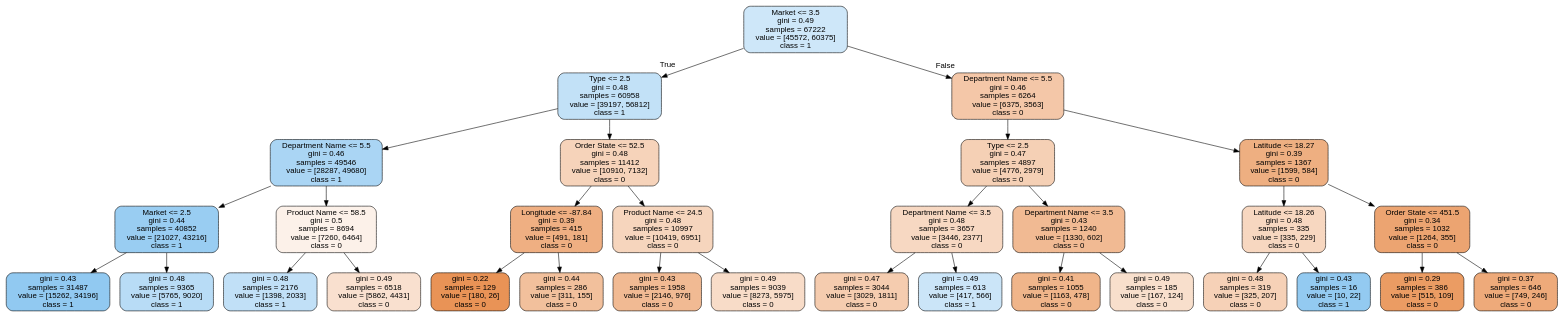
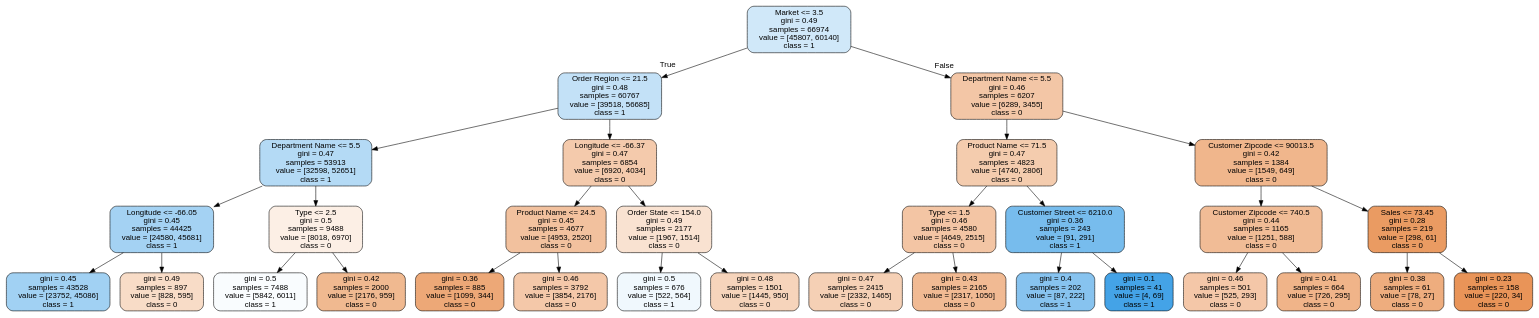
The diagram in tree.dot (BDBlank/SmartSupplyChain), drawn with Graphviz before and after one commit. The commit also changed 2 other files, not shown here.

Commit message:
Graph added

```diff
--- a/tree.dot
+++ b/tree.dot
@@ -1,65 +1,65 @@
 digraph Tree {
 node [shape=box, style="filled, rounded", color="black", fontname=helvetica] ;
 edge [fontname=helvetica] ;
-0 [label="Market <= 3.5\ngini = 0.49\nsamples = 67222\nvalue = [45572, 60375]\nclass = 1", fillcolor="#cee7f9"] ;
-1 [label="Type <= 2.5\ngini = 0.48\nsamples = 60958\nvalue = [39197, 56812]\nclass = 1", fillcolor="#c2e1f7"] ;
+0 [label="Market <= 3.5\ngini = 0.49\nsamples = 66974\nvalue = [45807, 60140]\nclass = 1", fillcolor="#d0e8f9"] ;
+1 [label="Order Region <= 21.5\ngini = 0.48\nsamples = 60767\nvalue = [39518, 56685]\nclass = 1", fillcolor="#c3e1f7"] ;
 0 -> 1 [labeldistance=2.5, labelangle=45, headlabel="True"] ;
-2 [label="Department Name <= 5.5\ngini = 0.46\nsamples = 49546\nvalue = [28287, 49680]\nclass = 1", fillcolor="#aad5f4"] ;
+2 [label="Department Name <= 5.5\ngini = 0.47\nsamples = 53913\nvalue = [32598, 52651]\nclass = 1", fillcolor="#b4daf5"] ;
 1 -> 2 ;
-3 [label="Market <= 2.5\ngini = 0.44\nsamples = 40852\nvalue = [21027, 43216]\nclass = 1", fillcolor="#99cdf2"] ;
+3 [label="Longitude <= -66.05\ngini = 0.45\nsamples = 44425\nvalue = [24580, 45681]\nclass = 1", fillcolor="#a4d2f3"] ;
 2 -> 3 ;
-4 [label="gini = 0.43\nsamples = 31487\nvalue = [15262, 34196]\nclass = 1", fillcolor="#91c9f1"] ;
+4 [label="gini = 0.45\nsamples = 43528\nvalue = [23752, 45086]\nclass = 1", fillcolor="#a1d1f3"] ;
 3 -> 4 ;
-5 [label="gini = 0.48\nsamples = 9365\nvalue = [5765, 9020]\nclass = 1", fillcolor="#b8dcf6"] ;
+5 [label="gini = 0.49\nsamples = 897\nvalue = [828, 595]\nclass = 0", fillcolor="#f8dcc7"] ;
 3 -> 5 ;
-6 [label="Product Name <= 58.5\ngini = 0.5\nsamples = 8694\nvalue = [7260, 6464]\nclass = 0", fillcolor="#fcf1e9"] ;
+6 [label="Type <= 2.5\ngini = 0.5\nsamples = 9488\nvalue = [8018, 6970]\nclass = 0", fillcolor="#fcefe5"] ;
 2 -> 6 ;
-7 [label="gini = 0.48\nsamples = 2176\nvalue = [1398, 2033]\nclass = 1", fillcolor="#c1e0f7"] ;
+7 [label="gini = 0.5\nsamples = 7488\nvalue = [5842, 6011]\nclass = 1", fillcolor="#f9fcfe"] ;
 6 -> 7 ;
-8 [label="gini = 0.49\nsamples = 6518\nvalue = [5862, 4431]\nclass = 0", fillcolor="#f9e0cf"] ;
+8 [label="gini = 0.42\nsamples = 2000\nvalue = [2176, 959]\nclass = 0", fillcolor="#f0b990"] ;
 6 -> 8 ;
-9 [label="Order State <= 52.5\ngini = 0.48\nsamples = 11412\nvalue = [10910, 7132]\nclass = 0", fillcolor="#f6d3ba"] ;
+9 [label="Longitude <= -66.37\ngini = 0.47\nsamples = 6854\nvalue = [6920, 4034]\nclass = 0", fillcolor="#f4caac"] ;
 1 -> 9 ;
-10 [label="Longitude <= -87.84\ngini = 0.39\nsamples = 415\nvalue = [491, 181]\nclass = 0", fillcolor="#efaf82"] ;
+10 [label="Product Name <= 24.5\ngini = 0.45\nsamples = 4677\nvalue = [4953, 2520]\nclass = 0", fillcolor="#f2c19e"] ;
 9 -> 10 ;
-11 [label="gini = 0.22\nsamples = 129\nvalue = [180, 26]\nclass = 0", fillcolor="#e99356"] ;
+11 [label="gini = 0.36\nsamples = 885\nvalue = [1099, 344]\nclass = 0", fillcolor="#eda877"] ;
 10 -> 11 ;
-12 [label="gini = 0.44\nsamples = 286\nvalue = [311, 155]\nclass = 0", fillcolor="#f2c09c"] ;
+12 [label="gini = 0.46\nsamples = 3792\nvalue = [3854, 2176]\nclass = 0", fillcolor="#f4c8a9"] ;
 10 -> 12 ;
-13 [label="Product Name <= 24.5\ngini = 0.48\nsamples = 10997\nvalue = [10419, 6951]\nclass = 0", fillcolor="#f6d5bd"] ;
+13 [label="Order State <= 154.0\ngini = 0.49\nsamples = 2177\nvalue = [1967, 1514]\nclass = 0", fillcolor="#f9e2d1"] ;
 9 -> 13 ;
-14 [label="gini = 0.43\nsamples = 1958\nvalue = [2146, 976]\nclass = 0", fillcolor="#f1ba93"] ;
+14 [label="gini = 0.5\nsamples = 676\nvalue = [522, 564]\nclass = 1", fillcolor="#f0f8fd"] ;
 13 -> 14 ;
-15 [label="gini = 0.49\nsamples = 9039\nvalue = [8273, 5975]\nclass = 0", fillcolor="#f8dcc8"] ;
+15 [label="gini = 0.48\nsamples = 1501\nvalue = [1445, 950]\nclass = 0", fillcolor="#f6d4bb"] ;
 13 -> 15 ;
-16 [label="Department Name <= 5.5\ngini = 0.46\nsamples = 6264\nvalue = [6375, 3563]\nclass = 0", fillcolor="#f4c7a8"] ;
+16 [label="Department Name <= 5.5\ngini = 0.46\nsamples = 6207\nvalue = [6289, 3455]\nclass = 0", fillcolor="#f3c6a6"] ;
 0 -> 16 [labeldistance=2.5, labelangle=-45, headlabel="False"] ;
-17 [label="Type <= 2.5\ngini = 0.47\nsamples = 4897\nvalue = [4776, 2979]\nclass = 0", fillcolor="#f5d0b5"] ;
+17 [label="Product Name <= 71.5\ngini = 0.47\nsamples = 4823\nvalue = [4740, 2806]\nclass = 0", fillcolor="#f4ccae"] ;
 16 -> 17 ;
-18 [label="Department Name <= 3.5\ngini = 0.48\nsamples = 3657\nvalue = [3446, 2377]\nclass = 0", fillcolor="#f7d8c2"] ;
+18 [label="Type <= 1.5\ngini = 0.46\nsamples = 4580\nvalue = [4649, 2515]\nclass = 0", fillcolor="#f3c5a4"] ;
 17 -> 18 ;
-19 [label="gini = 0.47\nsamples = 3044\nvalue = [3029, 1811]\nclass = 0", fillcolor="#f5ccaf"] ;
+19 [label="gini = 0.47\nsamples = 2415\nvalue = [2332, 1465]\nclass = 0", fillcolor="#f5d0b5"] ;
 18 -> 19 ;
-20 [label="gini = 0.49\nsamples = 613\nvalue = [417, 566]\nclass = 1", fillcolor="#cbe5f8"] ;
+20 [label="gini = 0.43\nsamples = 2165\nvalue = [2317, 1050]\nclass = 0", fillcolor="#f1ba93"] ;
 18 -> 20 ;
-21 [label="Department Name <= 3.5\ngini = 0.43\nsamples = 1240\nvalue = [1330, 602]\nclass = 0", fillcolor="#f1ba93"] ;
+21 [label="Customer Street <= 6210.0\ngini = 0.36\nsamples = 243\nvalue = [91, 291]\nclass = 1", fillcolor="#77bced"] ;
 17 -> 21 ;
-22 [label="gini = 0.41\nsamples = 1055\nvalue = [1163, 478]\nclass = 0", fillcolor="#f0b58a"] ;
+22 [label="gini = 0.4\nsamples = 202\nvalue = [87, 222]\nclass = 1", fillcolor="#87c3ef"] ;
 21 -> 22 ;
-23 [label="gini = 0.49\nsamples = 185\nvalue = [167, 124]\nclass = 0", fillcolor="#f8dfcc"] ;
+23 [label="gini = 0.1\nsamples = 41\nvalue = [4, 69]\nclass = 1", fillcolor="#44a3e7"] ;
 21 -> 23 ;
-24 [label="Latitude <= 18.27\ngini = 0.39\nsamples = 1367\nvalue = [1599, 584]\nclass = 0", fillcolor="#eeaf81"] ;
+24 [label="Customer Zipcode <= 90013.5\ngini = 0.42\nsamples = 1384\nvalue = [1549, 649]\nclass = 0", fillcolor="#f0b68c"] ;
 16 -> 24 ;
-25 [label="Latitude <= 18.26\ngini = 0.48\nsamples = 335\nvalue = [335, 229]\nclass = 0", fillcolor="#f7d7c0"] ;
+25 [label="Customer Zipcode <= 740.5\ngini = 0.44\nsamples = 1165\nvalue = [1251, 588]\nclass = 0", fillcolor="#f1bc96"] ;
 24 -> 25 ;
-26 [label="gini = 0.48\nsamples = 319\nvalue = [325, 207]\nclass = 0", fillcolor="#f6d1b7"] ;
+26 [label="gini = 0.46\nsamples = 501\nvalue = [525, 293]\nclass = 0", fillcolor="#f4c7a8"] ;
 25 -> 26 ;
-27 [label="gini = 0.43\nsamples = 16\nvalue = [10, 22]\nclass = 1", fillcolor="#93caf1"] ;
+27 [label="gini = 0.41\nsamples = 664\nvalue = [726, 295]\nclass = 0", fillcolor="#f0b489"] ;
 25 -> 27 ;
-28 [label="Order State <= 451.5\ngini = 0.34\nsamples = 1032\nvalue = [1264, 355]\nclass = 0", fillcolor="#eca471"] ;
+28 [label="Sales <= 73.45\ngini = 0.28\nsamples = 219\nvalue = [298, 61]\nclass = 0", fillcolor="#ea9b62"] ;
 24 -> 28 ;
-29 [label="gini = 0.29\nsamples = 386\nvalue = [515, 109]\nclass = 0", fillcolor="#eb9c63"] ;
+29 [label="gini = 0.38\nsamples = 61\nvalue = [78, 27]\nclass = 0", fillcolor="#eead7e"] ;
 28 -> 29 ;
-30 [label="gini = 0.37\nsamples = 646\nvalue = [749, 246]\nclass = 0", fillcolor="#eeaa7a"] ;
+30 [label="gini = 0.23\nsamples = 158\nvalue = [220, 34]\nclass = 0", fillcolor="#e99458"] ;
 28 -> 30 ;
 }
```
